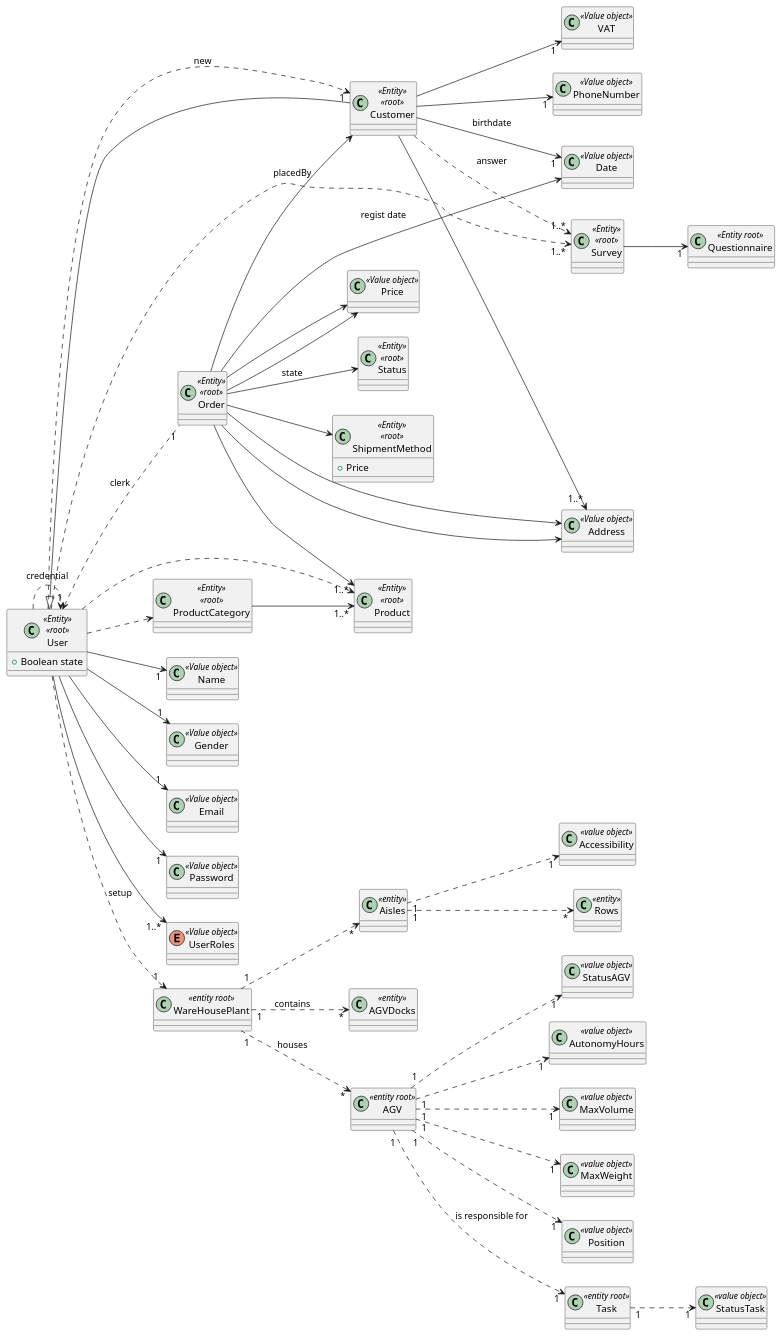
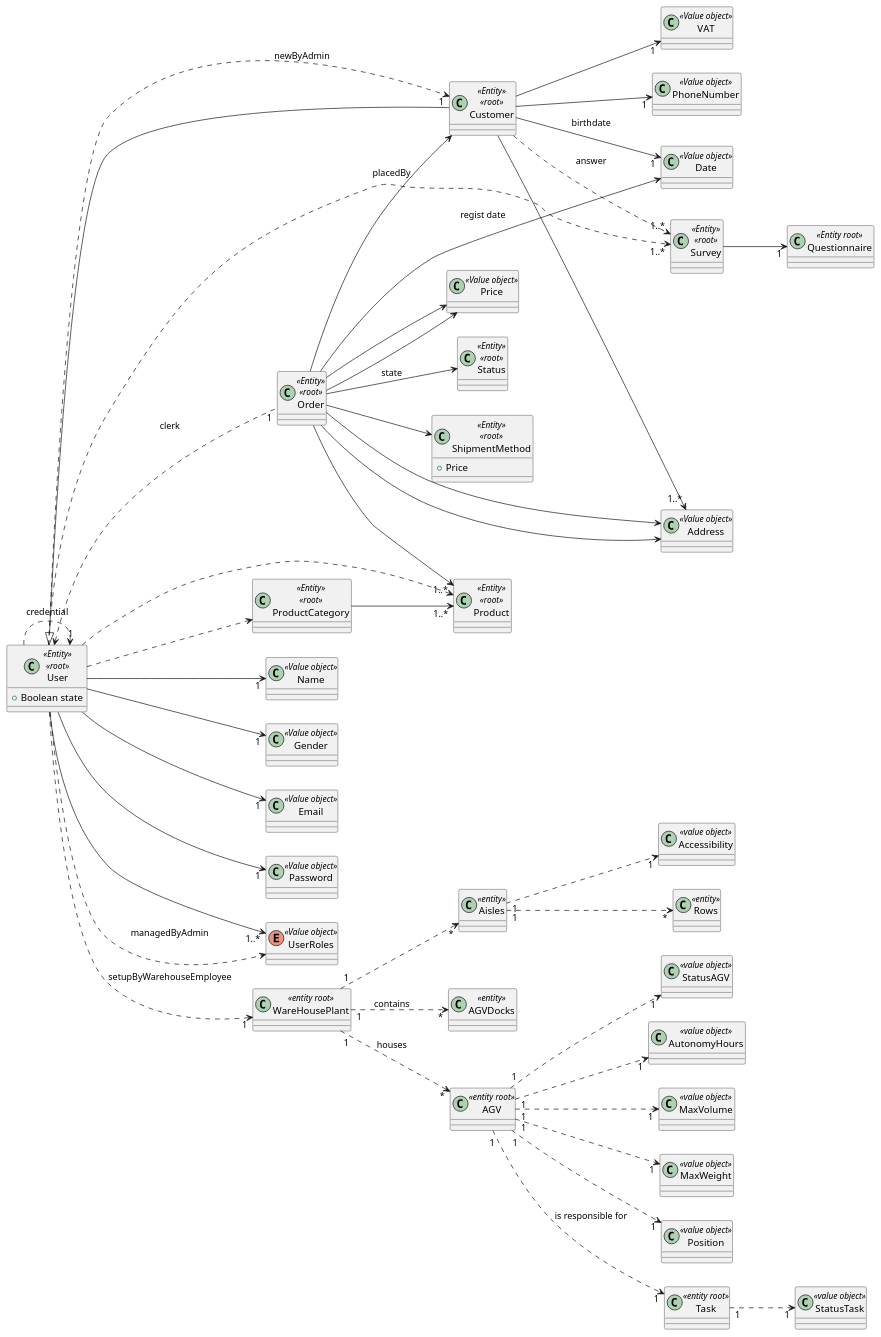
The diagram in eapli.base/Documentation/Geral/MD/MD.puml (LourencoMelo/ISEP-EAPLI), drawn with PlantUML before and after one commit.

Commit message:
MD updated!

```diff
--- a/eapli.base/Documentation/Geral/MD/MD.puml
+++ b/eapli.base/Documentation/Geral/MD/MD.puml
@@ -1,108 +1,107 @@
 @startuml
 
 left to right direction
 'skinparam linetype ortho
 
 class User <<Entity>> <<root>>{
  +Boolean state
 }
 
 class Customer <<Entity>> <<root>> {}
 
 class Order <<Entity>> <<root>> {}
 
 class Name <<Value object>> {}
 
 class Gender <<Value object>> {}
 
 class Email <<Value object>> {}
 
 class Password <<Value object>>
 
 enum UserRoles <<Value object>> {}
 
 User --> "1" Name
 User --> "1" Gender
 User --> "1" Email
 User --> "1" Password
+User ..> UserRoles : managedByAdmin
 User --> "1..*" UserRoles
 
 Customer --|> User
 
 
 class VAT <<Value object>>{}
 class PhoneNumber <<Value object>>{}
 class Address <<Value object>>{}
 class Date <<Value object>>
 
 Customer --> "1" VAT
 Customer --> "1..*" Address
 Customer --> "1" PhoneNumber
 Customer --> "1" Date : birthdate
 
 class Price <<Value object>>{}
 class Status <<Entity>> <<root>>{}
 class ShipmentMethod <<Entity>> <<root>>{
     +Price
 }
 
 Order --> Customer : placedBy
 Order --> Date :  regist date
 Order --> Price
 Order --> Price
 Order --> Address
 Order --> Address
 Order --> Status : state
 Order --> ShipmentMethod
 
 class Product <<Entity>> <<root>>{}
 class ProductCategory <<Entity>> <<root>>{}
 
 Order --> "1..*" Product
 
 ProductCategory --> "1..*" Product
 
 User ..> ProductCategory
 User ..> Product
 User ..> "1" User : credential
-User ..> "1" Customer : new
+User ..> "1" Customer : newByAdmin
 User <.. "1" Order : clerk
 
 class WareHousePlant<<entity root>> {}
 class Aisles <<entity>> {}
 class Accessibility <<value object>> {}
 class Rows <<entity>> {}
 class AGVDocks <<entity>> {}
 class AGV<<entity root>>{}
 class StatusAGV<<value object>>{}
 class AutonomyHours<<value object>>{}
 class MaxVolume<<value object>>{}
 class MaxWeight<<value object>>{}
 class Position<<value object>>{}
 class Task<<entity root>>{}
 class StatusTask<<value object>>{}
 
-User ..> "1" WareHousePlant : setup
+User ..> "1" WareHousePlant : setupByWarehouseEmployee
 WareHousePlant "1" ..> "*" AGVDocks : contains
 WareHousePlant "1" ..> "*" Aisles
 Aisles "1" ..> "*" Rows
 Aisles "1" ..> "1" Accessibility
 WareHousePlant "1"..> "*" AGV : houses
 AGV "1" ..> "1" StatusAGV
 AGV "1" ..> "1" AutonomyHours
 AGV "1" ..> "1" MaxVolume
 AGV "1" ..> "1" MaxWeight
 AGV "1" ..> "1" Position
 AGV "1"..> "1" Task : is responsible for
 Task "1" ..> "1" StatusTask
 
 class Survey <<Entity>> <<root>>{}
 class Questionnaire <<Entity root>>{}
 
 User ..> "1..*" Survey
 Customer ..> "1..*" Survey : answer
 Survey --> "1" Questionnaire
 
-
-
 @enduml
```
